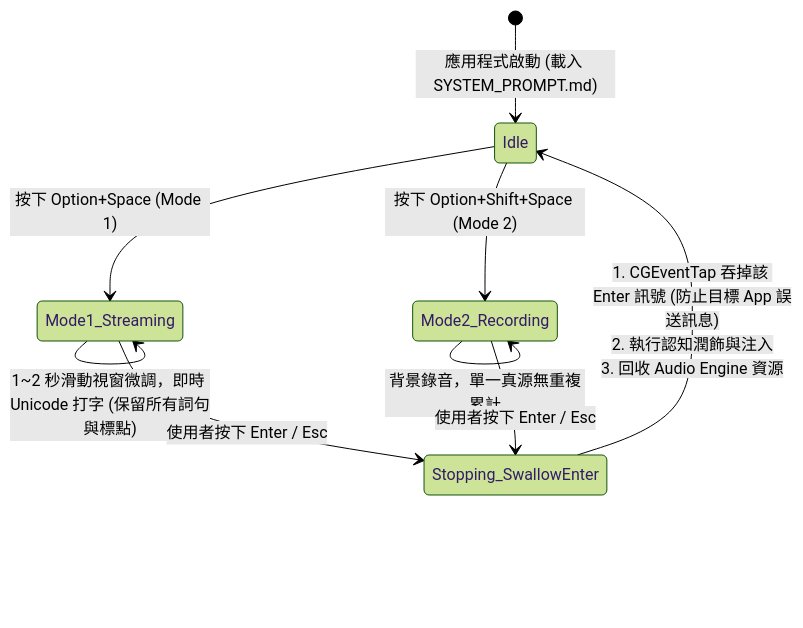
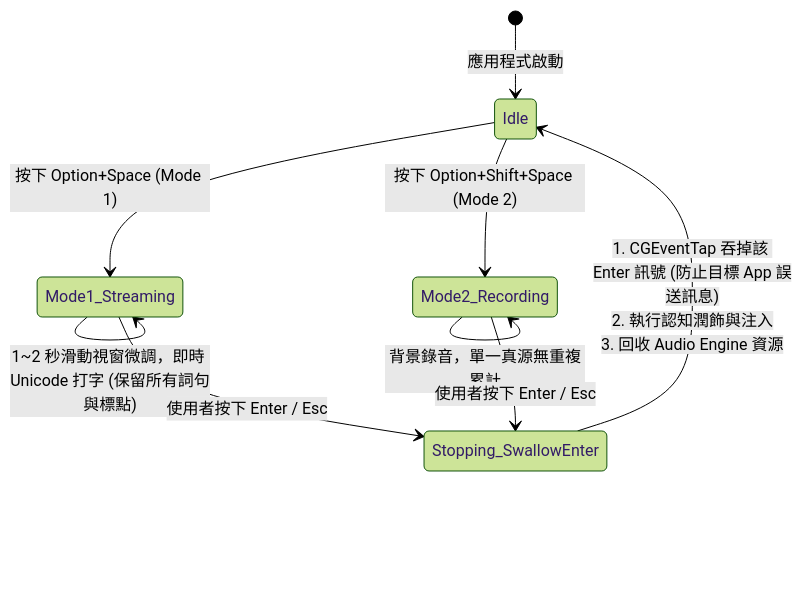
One commit to daniel-yang1739/butterfly changed the second of 2 diagrams in docs/ARCHITECTURE.md. Above: the diagram before and after it, drawn with Mermaid (forest theme). The commit also changed other lines of this file and 10 other files, not shown here.

Commit message:
refactor: remove unused system prompt loader

````diff
--- a/docs/ARCHITECTURE.md
+++ b/docs/ARCHITECTURE.md
@@ -69,15 +69,15 @@
 ```mermaid
 stateDiagram-v2
-    [*] --> Idle: 應用程式啟動 (載入 SYSTEM_PROMPT.md)
+    [*] --> Idle: 應用程式啟動
 
     Idle --> Mode1_Streaming: 按下 Option+Space (Mode 1)
     Idle --> Mode2_Recording: 按下 Option+Shift+Space (Mode 2)
 
     Mode1_Streaming --> Mode1_Streaming: 1~2 秒滑動視窗微調，即時 Unicode 打字 (保留所有詞句與標點)
     Mode2_Recording --> Mode2_Recording: 背景錄音，單一真源無重複累計
 
     Mode1_Streaming --> Stopping_SwallowEnter: 使用者按下 Enter / Esc
     Mode2_Recording --> Stopping_SwallowEnter: 使用者按下 Enter / Esc
 
     Stopping_SwallowEnter --> Idle: 1. CGEventTap 吞掉該 Enter 訊號 (防止目標 App 誤送訊息)<br/>2. 執行認知潤飾與注入<br/>3. 回收 Audio Engine 資源
 ```
````
